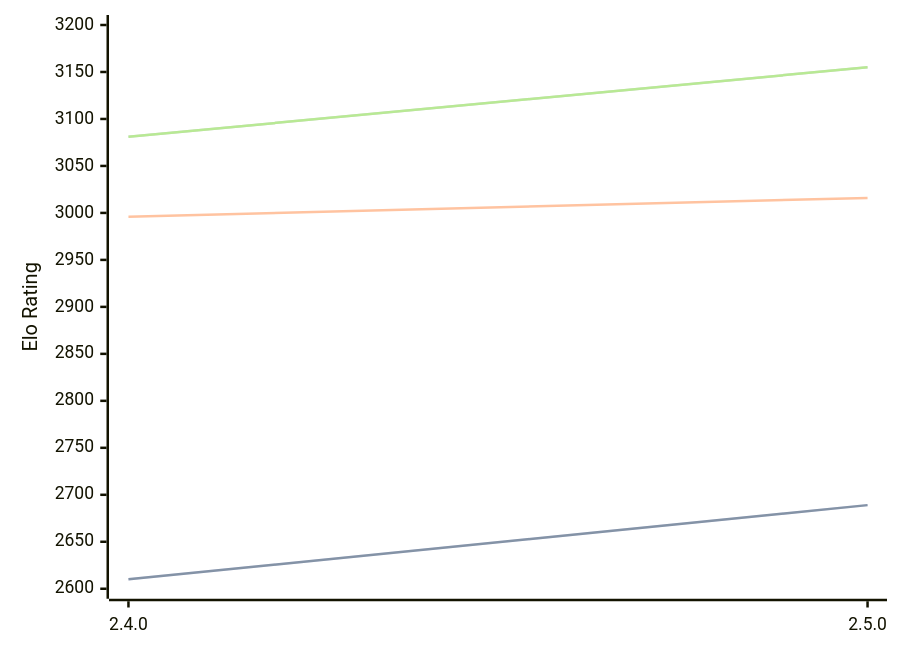
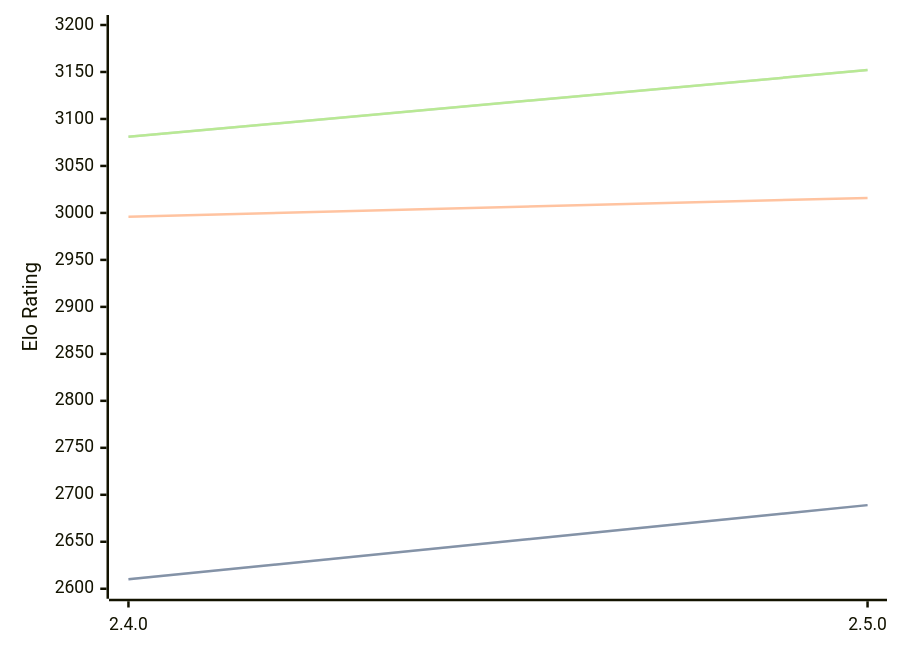
Before and after one commit to computer-chess-index/cci: the diagram in engines/Sturddle2.md, drawn with Mermaid. The commit also changed other lines of this file, not shown here.

Commit message:
Update CCI Ratings (ELO VLTC) - 2026-08-03

````diff
--- a/engines/Sturddle2.md
+++ b/engines/Sturddle2.md
@@ -37,11 +37,11 @@
 ```mermaid
 %%{init: {"theme":"base","themeVariables":{"seriesColors:['#a3a3a3','#222221','#faa371']}}}%%
 xychart-beta
   x-axis ["2.4.0", "2.5.0"]
   y-axis "Elo Rating" 2600 --> 3200
   line "STC (8.0+0.08s)" [2610, 2689]
   line "STC (8.0+0.08s)" [2610, 2689]
   line "LTC (60.0+0.60s)" [2996, 3016]
-  line "VLTC (2m24s+1.12s)" [3081, 3155]
-  line "VLTC (2m24s+1.12s)" [3081, 3155]
+  line "VLTC (2m24s+1.12s)" [3081, 3152]
+  line "VLTC (2m24s+1.12s)" [3081, 3152]
 ```
````
